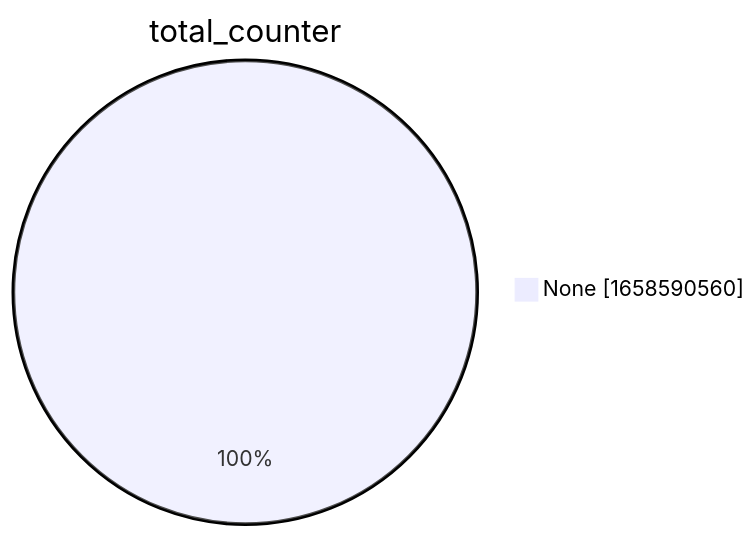
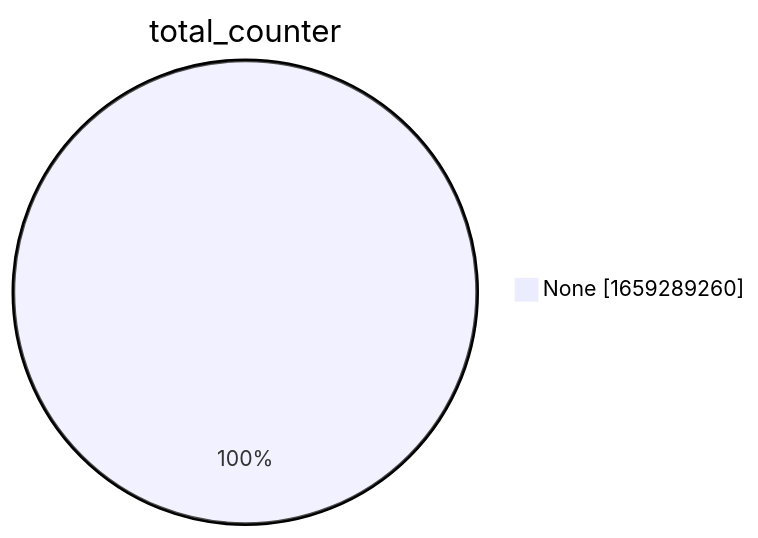
Before and after one commit to christiankrug/ctmonitor_visualization: the second of 15 diagrams in xenon2022/README.md, drawn with Mermaid. The commit also changed other lines of this file, not shown here.

````diff
--- a/xenon2022/README.md
+++ b/xenon2022/README.md
@@ -9,5 +9,5 @@
 ```mermaid
 pie showData
 title total_counter
-"None" :1658590560
+"None" :1659289260
 ```
````
